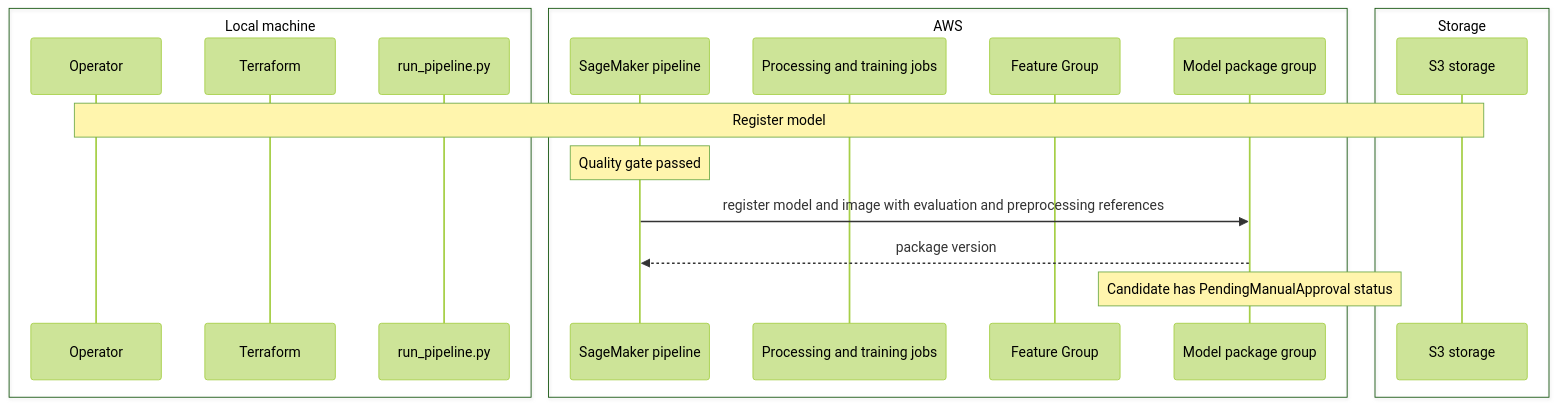
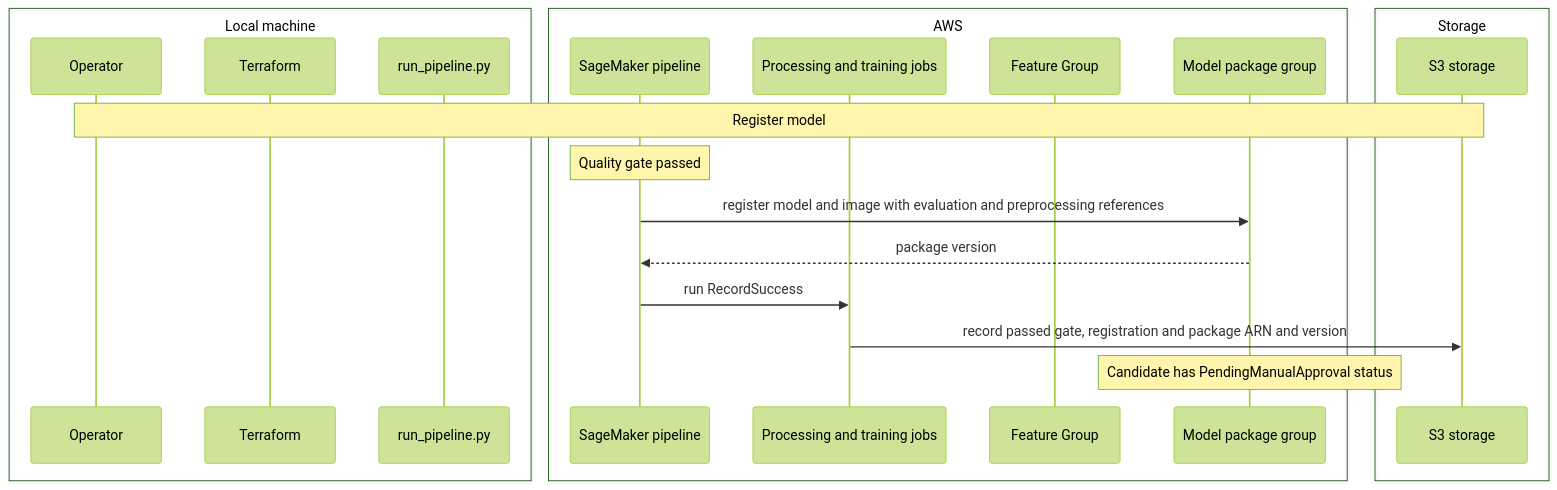
One commit to MaximeBoulat/customer-churn-pipeline changed the diagram in Documentation/Pipeline/Children/Pipeline/Resources/SequenceDiagram_Action_7.md. Above: the diagram before and after it, drawn with Mermaid (forest theme). The commit also changed 20 other files, not shown here.

````diff
--- a/Documentation/Pipeline/Children/Pipeline/Resources/SequenceDiagram_Action_7.md
+++ b/Documentation/Pipeline/Children/Pipeline/Resources/SequenceDiagram_Action_7.md
@@ -1,22 +1,24 @@
 ```mermaid
 sequenceDiagram
     box Local machine
         participant Operator
         participant Terraform
         participant Launcher as run_pipeline.py
     end
     box AWS 
         participant Pipeline as SageMaker pipeline
         participant Jobs as Processing and training jobs
         participant Group as Feature Group
         participant Registry as Model package group
     end 
     box Storage
         participant S3 as S3 storage
     end
     Note over Operator,S3: Register model
     Note over Pipeline: Quality gate passed
     Pipeline->>Registry: register model and image with evaluation and preprocessing references
     Registry-->>Pipeline: package version
+    Pipeline->>Jobs: run RecordSuccess
+    Jobs->>S3: record passed gate, registration and package ARN and version
     Note over Registry: Candidate has PendingManualApproval status
 ```
````
